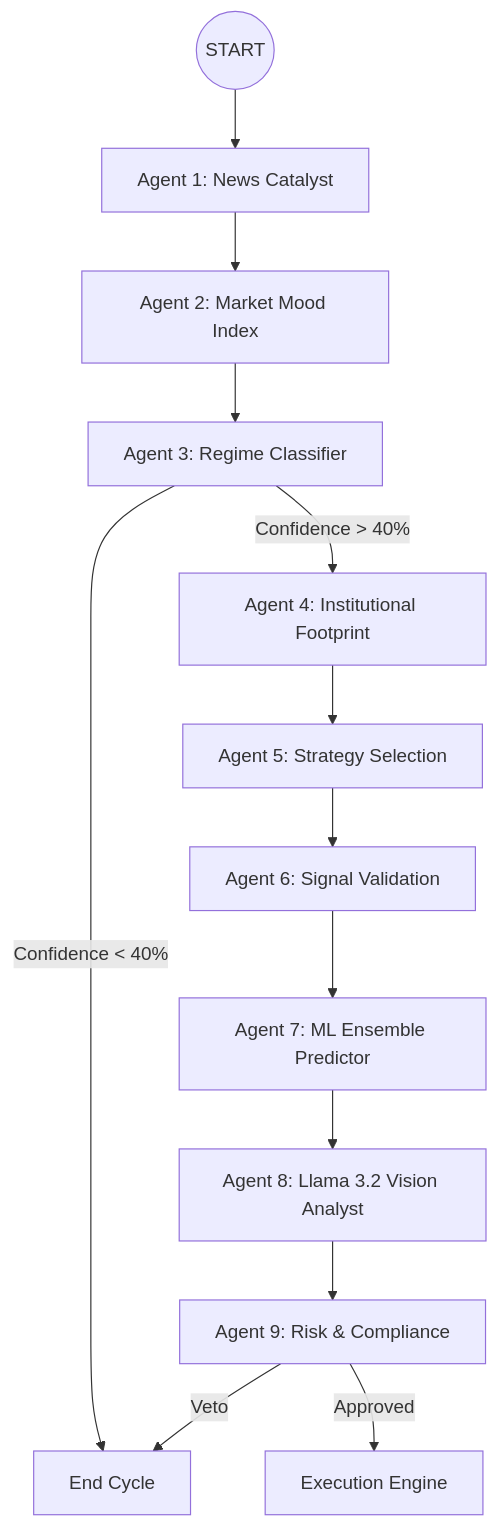
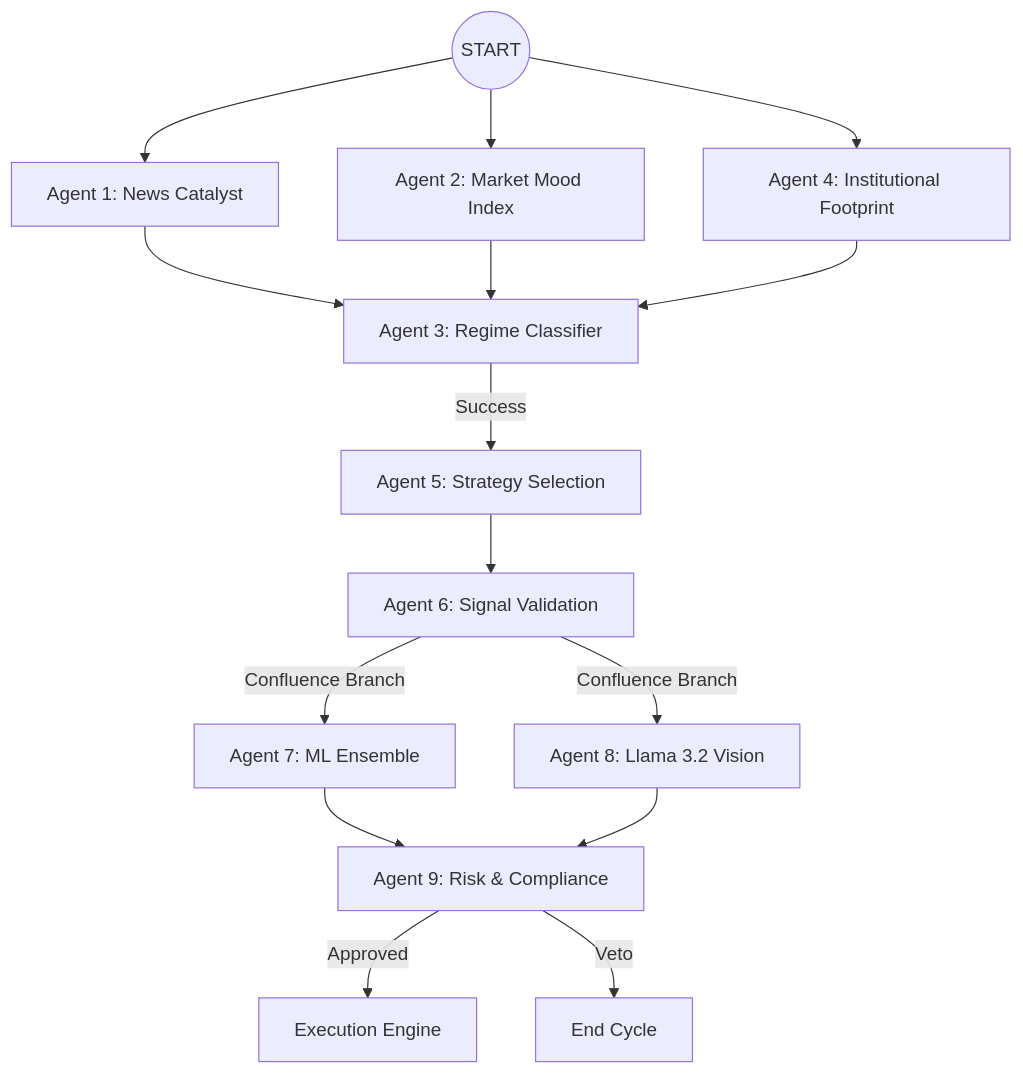
Before and after one commit to Pradeep8978/RakshaQuant: the diagram in README.md, drawn with Mermaid. The commit also changed other lines of this file and 1 other file, not shown here.

Commit message:
refactor: implement parallel fan-out/fan-in architecture in LangGraph and update configuration credentials

````diff
--- a/README.md
+++ b/README.md
@@ -29,19 +29,22 @@
 ```mermaid
 graph TD
     START((START)) --> NEWS[Agent 1: News Catalyst]
-    NEWS --> MOOD[Agent 2: Market Mood Index]
-    MOOD --> REGIME[Agent 3: Regime Classifier]
+    START --> MOOD[Agent 2: Market Mood Index]
+    START --> VOLUME[Agent 4: Institutional Footprint]
     
-    REGIME -- "Confidence < 40%" --> REJECT[End Cycle]
-    REGIME -- "Confidence > 40%" --> VOLUME[Agent 4: Institutional Footprint]
+    NEWS --> REGIME[Agent 3: Regime Classifier]
+    MOOD --> REGIME
+    VOLUME --> REGIME
     
-    VOLUME --> STRATEGY[Agent 5: Strategy Selection]
+    REGIME -- "Success" --> STRATEGY[Agent 5: Strategy Selection]
     STRATEGY --> VALIDATOR[Agent 6: Signal Validation]
-    VALIDATOR --> PREDICT[Agent 7: ML Ensemble Predictor]
     
-    PREDICT --> VISION[Agent 8: Llama 3.2 Vision Analyst]
-    VISION --> RISK[Agent 9: Risk & Compliance]
+    VALIDATOR -- "Confluence Branch" --> PREDICT[Agent 7: ML Ensemble]
+    VALIDATOR -- "Confluence Branch" --> VISION[Agent 8: Llama 3.2 Vision]
+    
+    PREDICT --> RISK[Agent 9: Risk & Compliance]
+    VISION --> RISK
     
     RISK -- "Approved" --> EXECUTE[Execution Engine]
-    RISK -- "Veto" --> REJECT
+    RISK -- "Veto" --> REJECT[End Cycle]
 ```
````
